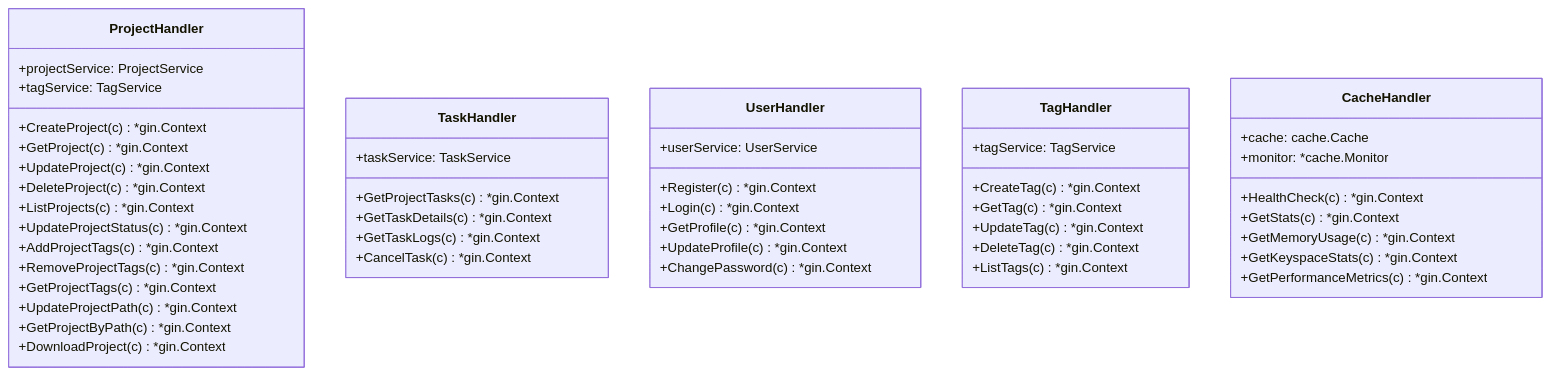
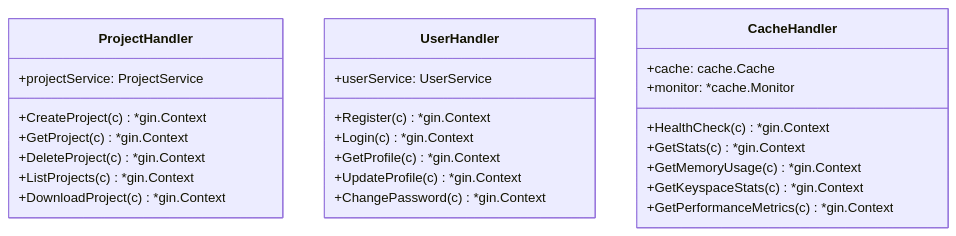
One commit to lighthought/app-maker changed the fifth of 9 diagrams in backend/architect/ARCHITECTURE.md. Above: the diagram before and after it, drawn with Mermaid. The commit also changed other lines of this file and 7 other files, not shown here.

````diff
--- a/backend/architect/ARCHITECTURE.md
+++ b/backend/architect/ARCHITECTURE.md
@@ -338,55 +240,31 @@
 ```mermaid
 classDiagram
     class ProjectHandler {
         +projectService: ProjectService
-        +tagService: TagService
         +CreateProject(c) *gin.Context
         +GetProject(c) *gin.Context
-        +UpdateProject(c) *gin.Context
         +DeleteProject(c) *gin.Context
         +ListProjects(c) *gin.Context
-        +UpdateProjectStatus(c) *gin.Context
-        +AddProjectTags(c) *gin.Context
-        +RemoveProjectTags(c) *gin.Context
-        +GetProjectTags(c) *gin.Context
-        +UpdateProjectPath(c) *gin.Context
-        +GetProjectByPath(c) *gin.Context
         +DownloadProject(c) *gin.Context
     }
 
-    class TaskHandler {
-        +taskService: TaskService
-        +GetProjectTasks(c) *gin.Context
-        +GetTaskDetails(c) *gin.Context
-        +GetTaskLogs(c) *gin.Context
-        +CancelTask(c) *gin.Context
-    }
 
     class UserHandler {
         +userService: UserService
         +Register(c) *gin.Context
         +Login(c) *gin.Context
         +GetProfile(c) *gin.Context
         +UpdateProfile(c) *gin.Context
         +ChangePassword(c) *gin.Context
-    }
-
-    class TagHandler {
-        +tagService: TagService
-        +CreateTag(c) *gin.Context
-        +GetTag(c) *gin.Context
-        +UpdateTag(c) *gin.Context
-        +DeleteTag(c) *gin.Context
-        +ListTags(c) *gin.Context
     }
 
     class CacheHandler {
         +cache: cache.Cache
         +monitor: *cache.Monitor
         +HealthCheck(c) *gin.Context
         +GetStats(c) *gin.Context
         +GetMemoryUsage(c) *gin.Context
         +GetKeyspaceStats(c) *gin.Context
         +GetPerformanceMetrics(c) *gin.Context
     }
 ```
````
